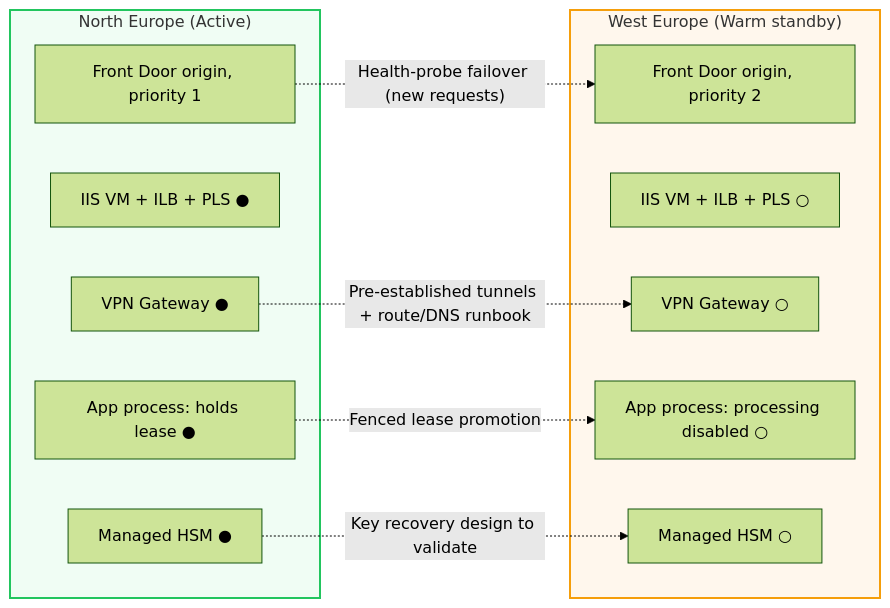
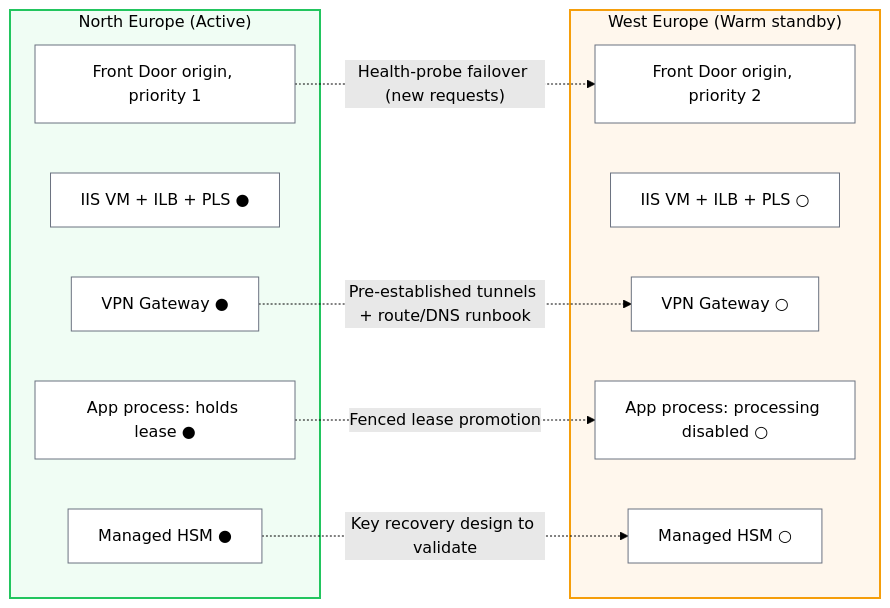
Before and after one commit to microsoftmrinal/azure-landing-zone-pci-dss: the fifth of 5 diagrams in README.md, drawn with Mermaid (forest theme). The commit also changed other lines of this file and 10 other files, not shown here.

````diff
--- a/README.md
+++ b/README.md
@@ -192,26 +222,27 @@
 ```mermaid
 graph LR
     subgraph Primary["North Europe (Active)"]
         P_FD[Front Door origin, priority 1]
         P_VM[IIS VM + ILB + PLS ●]
         P_VPN[VPN Gateway ●]
         P_APP[App process: holds lease ●]
         P_HSM[Managed HSM ●]
     end
 
     subgraph DR["West Europe (Warm standby)"]
         D_FD[Front Door origin, priority 2]
         D_VM[IIS VM + ILB + PLS ○]
         D_VPN[VPN Gateway ○]
         D_APP[App process: processing disabled ○]
         D_HSM[Managed HSM ○]
     end
 
     P_FD -.->|"Health-probe failover (new requests)"| D_FD
     P_VPN -.->|"Pre-established tunnels + route/DNS runbook"| D_VPN
     P_APP -.->|"Fenced lease promotion"| D_APP
     P_HSM -.->|"Key recovery design to validate"| D_HSM
 
-    style Primary fill:#f0fdf4,stroke:#22c55e,stroke-width:2px
-    style DR fill:#fff7ed,stroke:#f59e0b,stroke-width:2px
+    style Primary fill:#f0fdf4,stroke:#22c55e,stroke-width:2px,color:#000000
+    style DR fill:#fff7ed,stroke:#f59e0b,stroke-width:2px,color:#000000
+    classDef default fill:#ffffff,stroke:#6b7280,color:#000000
 ```
````
